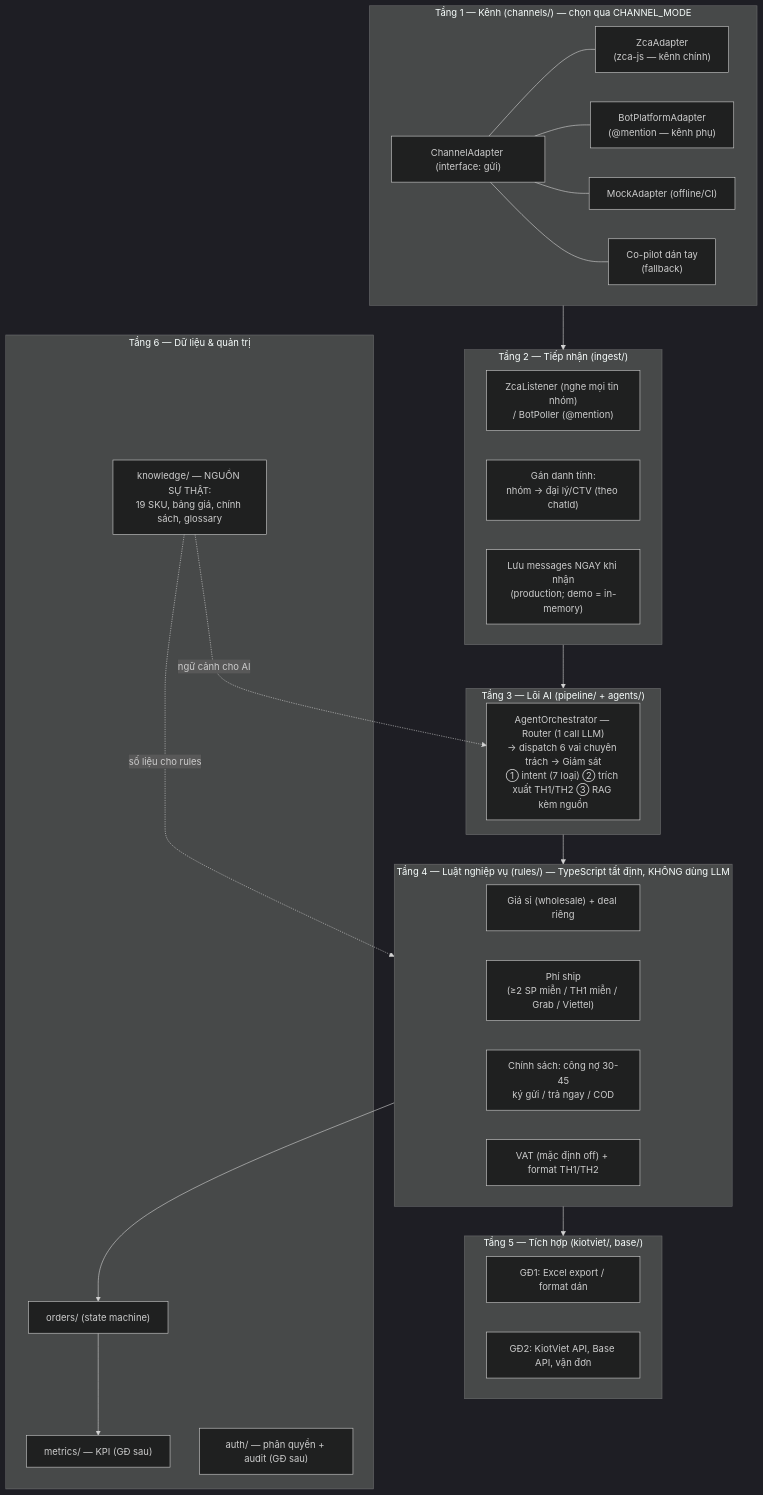
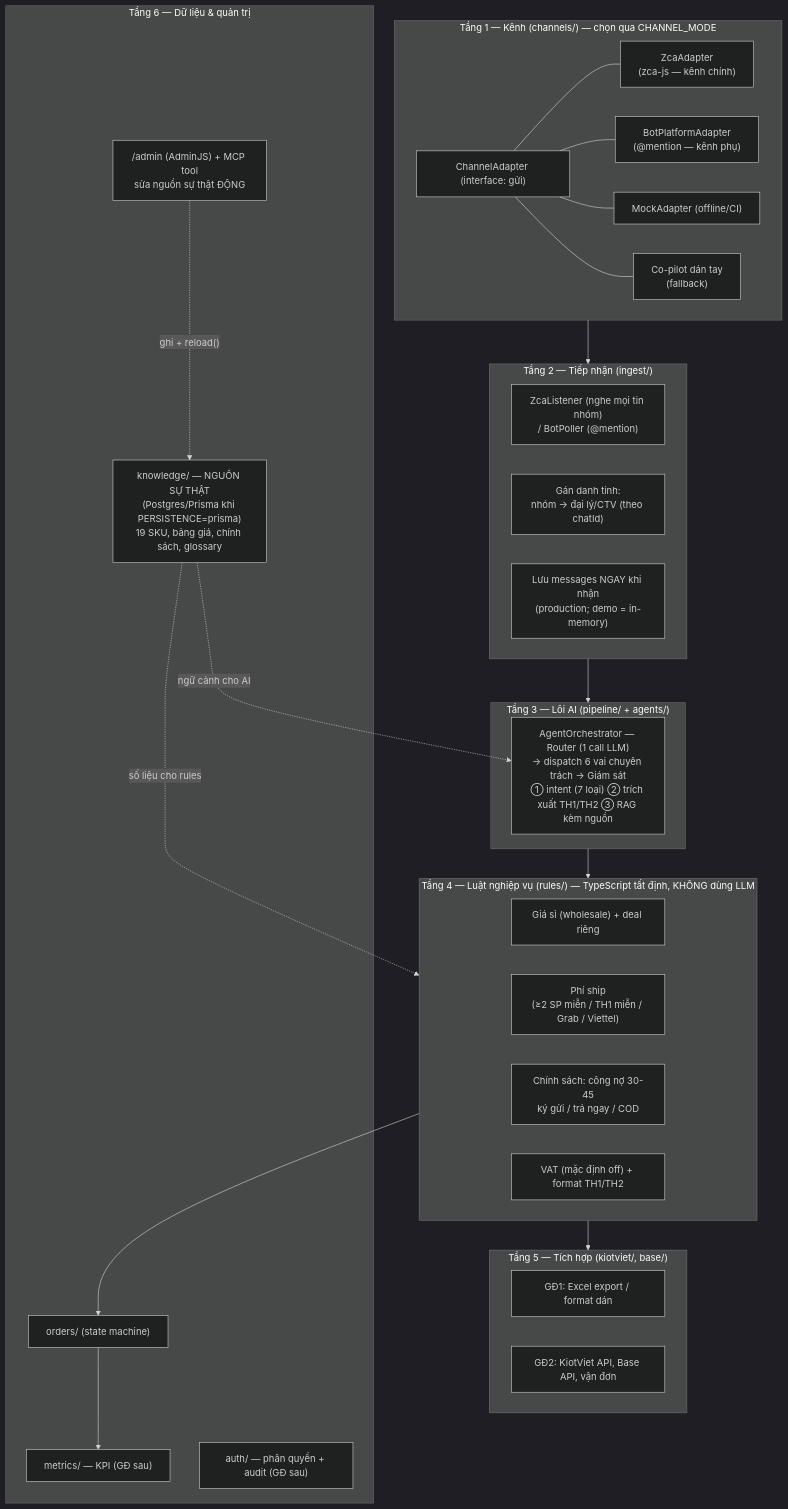
The second of 8 diagrams in docs/so-do-he-thong.md (phungtienviet14-sketch/nexagnet-platform), drawn with Mermaid (dark theme) before and after one commit. The commit also changed other lines of this file and 4 other files, not shown here.

````diff
--- a/docs/so-do-he-thong.md
+++ b/docs/so-do-he-thong.md
@@ -45,49 +45,51 @@
 ```mermaid
 flowchart TB
     subgraph L1["Tầng 1 — Kênh (channels/) — chọn qua CHANNEL_MODE"]
         CA["ChannelAdapter (interface: gửi)"]
         ZCA["ZcaAdapter<br/>(zca-js — kênh chính)"]
         BOT["BotPlatformAdapter<br/>(@mention — kênh phụ)"]
         MOCK["MockAdapter (offline/CI)"]
         COP["Co-pilot dán tay<br/>(fallback)"]
         CA --- ZCA
         CA --- BOT
         CA --- MOCK
         CA --- COP
     end
 
     subgraph L2["Tầng 2 — Tiếp nhận (ingest/)"]
         LIS["ZcaListener (nghe mọi tin nhóm)<br/>/ BotPoller (@mention)"]
         IDENT["Gán danh tính:<br/>nhóm → đại lý/CTV (theo chatId)"]
         SAVE["Lưu messages NGAY khi nhận<br/>(production; demo = in-memory)"]
     end
 
     subgraph L3["Tầng 3 — Lõi AI (pipeline/ + agents/)"]
         ORCH["AgentOrchestrator — Router (1 call LLM)<br/>→ dispatch 6 vai chuyên trách → Giám sát<br/>① intent (7 loại) ② trích xuất TH1/TH2 ③ RAG kèm nguồn"]
     end
 
     subgraph L4["Tầng 4 — Luật nghiệp vụ (rules/) — TypeScript tất định, KHÔNG dùng LLM"]
         PRICE["Giá sỉ (wholesale) + deal riêng"]
         SHIPR["Phí ship<br/>(≥2 SP miễn / TH1 miễn / Grab / Viettel)"]
         POL["Chính sách: công nợ 30-45<br/>ký gửi / trả ngay / COD"]
         VAT["VAT (mặc định off) + format TH1/TH2"]
     end
 
     subgraph L5["Tầng 5 — Tích hợp (kiotviet/, base/)"]
         XLS["GĐ1: Excel export / format dán"]
         APIS["GĐ2: KiotViet API, Base API, vận đơn"]
     end
 
     subgraph L6["Tầng 6 — Dữ liệu & quản trị"]
-        KNOW["knowledge/ — NGUỒN SỰ THẬT:<br/>19 SKU, bảng giá, chính sách, glossary"]
+        KNOW["knowledge/ — NGUỒN SỰ THẬT<br/>(Postgres/Prisma khi PERSISTENCE=prisma)<br/>19 SKU, bảng giá, chính sách, glossary"]
+        ADMIN["/admin (AdminJS) + MCP tool<br/>sửa nguồn sự thật ĐỘNG"]
         ORD["orders/ (state machine)"]
         MET["metrics/ — KPI (GĐ sau)"]
         AUTH["auth/ — phân quyền + audit (GĐ sau)"]
+        ADMIN -.->|"ghi + reload()"| KNOW
     end
 
     L1 --> L2 --> L3 --> L4 --> L5
     KNOW -.->|"ngữ cảnh cho AI"| ORCH
     KNOW -.->|"số liệu cho rules"| L4
     L4 --> ORD
     ORD --> MET
 ```
````
